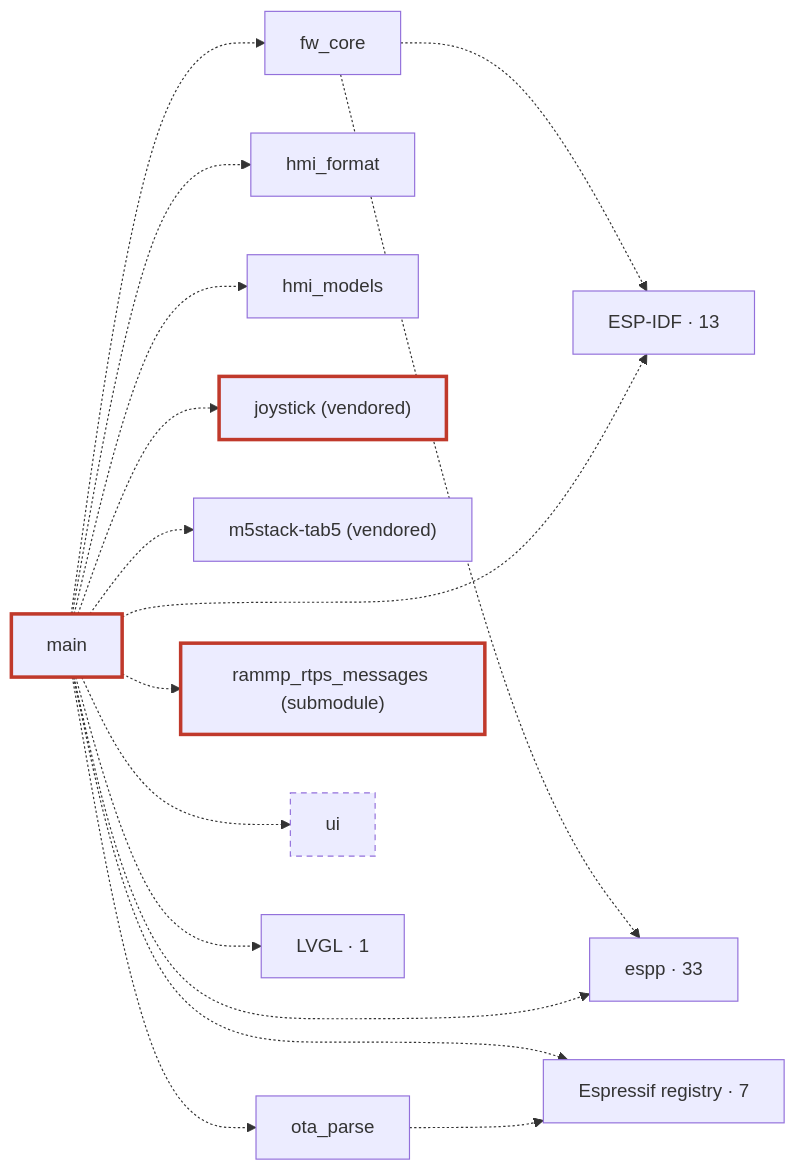
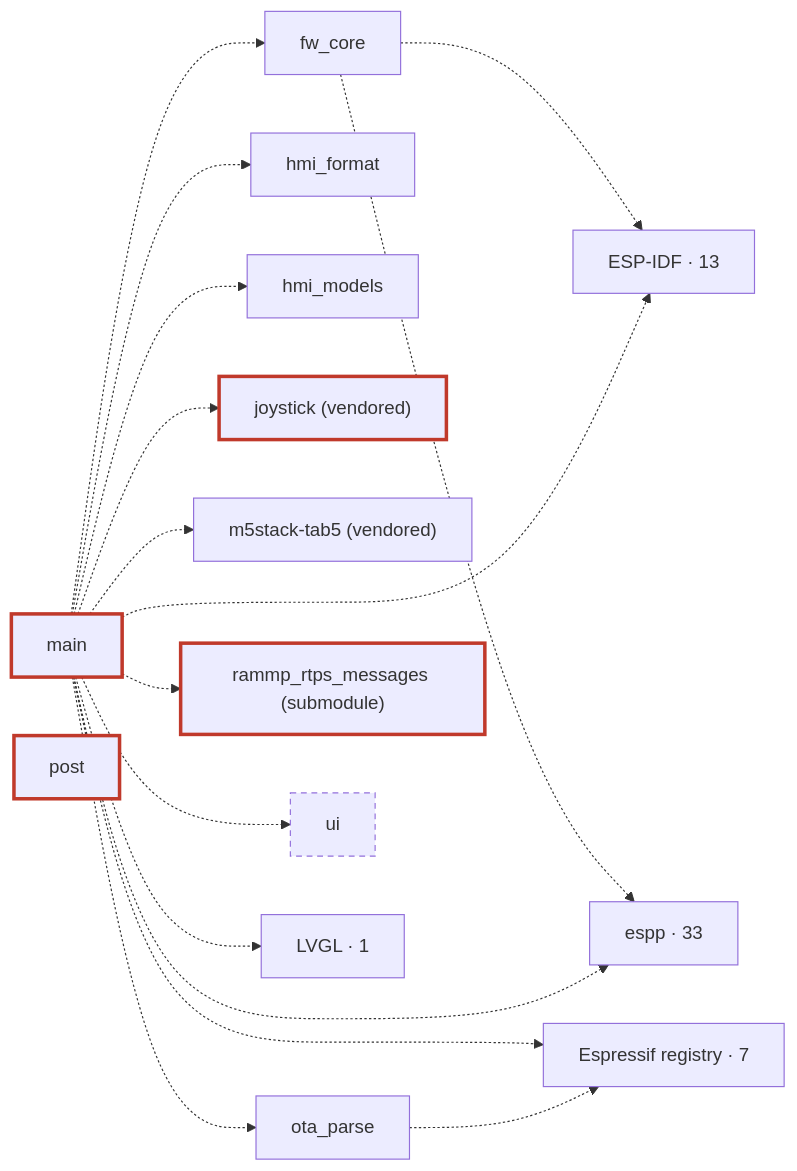
Before and after one commit to rammp-org/pace-hmi-fw: the second of 2 diagrams in docs/architecture.md, drawn with Mermaid. The commit also changed 15 other files, not shown here.

````diff
--- a/docs/architecture.md
+++ b/docs/architecture.md
@@ -98,34 +98,35 @@
 ```mermaid
 flowchart LR
   c_fw_core["fw_core"]
   c_hmi_format["hmi_format"]
   c_hmi_models["hmi_models"]
   c_joystick["joystick (vendored)"]:::safety
   c_m5stack_tab5["m5stack-tab5 (vendored)"]
   c_main["main"]:::safety
   c_ota_parse["ota_parse"]
+  c_post["post"]:::safety
   c_rammp_rtps_messages["rammp_rtps_messages (submodule)"]:::safety
   c_ui["ui"]:::gen
   g_ESP_IDF["ESP-IDF · 13"]
   g_espp["espp · 33"]
   g_Espressif_registry["Espressif registry · 7"]
   g_LVGL["LVGL · 1"]
   c_fw_core -.-> g_ESP_IDF
   c_fw_core -.-> g_espp
   c_main -.-> c_fw_core
   c_main -.-> c_hmi_format
   c_main -.-> c_hmi_models
   c_main -.-> c_joystick
   c_main -.-> c_m5stack_tab5
   c_main -.-> c_ota_parse
   c_main -.-> c_rammp_rtps_messages
   c_main -.-> c_ui
   c_main -.-> g_ESP_IDF
   c_main -.-> g_espp
   c_main -.-> g_Espressif_registry
   c_main -.-> g_LVGL
   c_ota_parse -.-> g_Espressif_registry
   classDef hw fill:#d9dde3,stroke:#7a8590,color:#111
   classDef safety stroke:#c0392b,stroke-width:3px
   classDef gen stroke-dasharray:5 4
 ```
````
